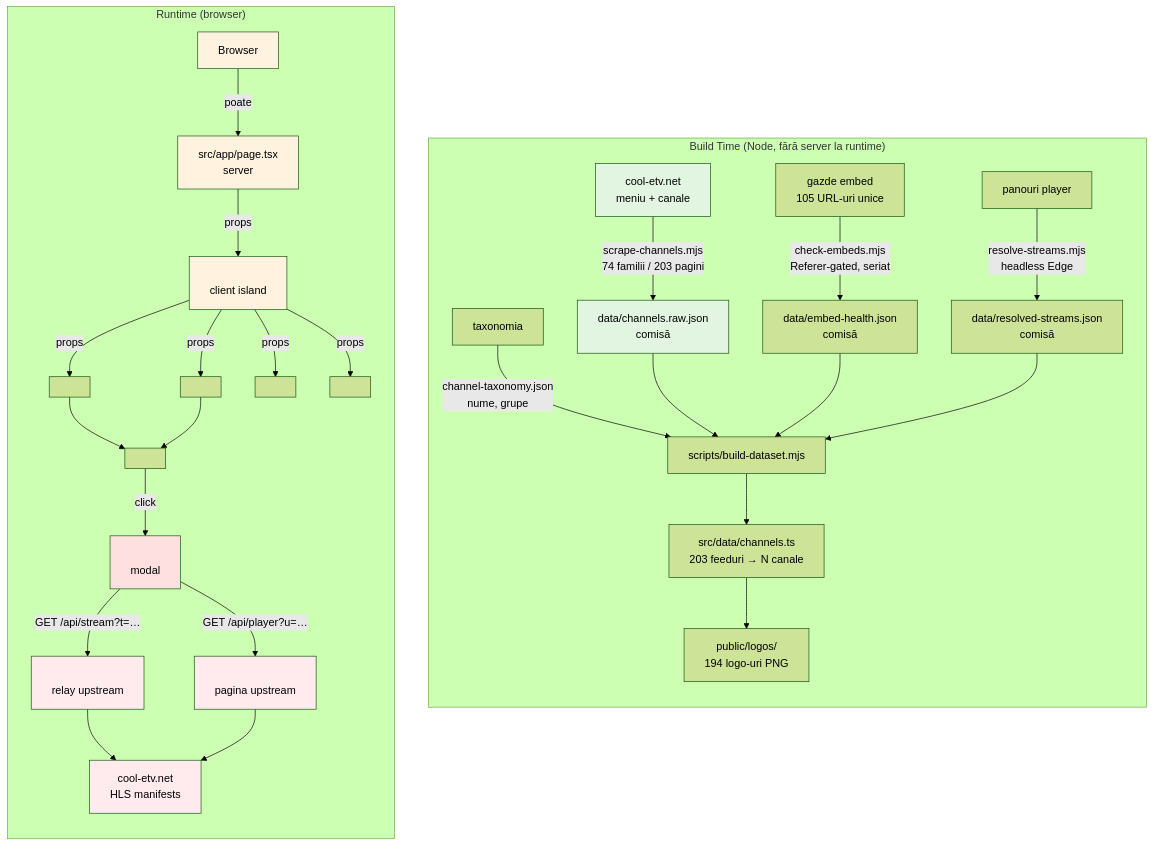
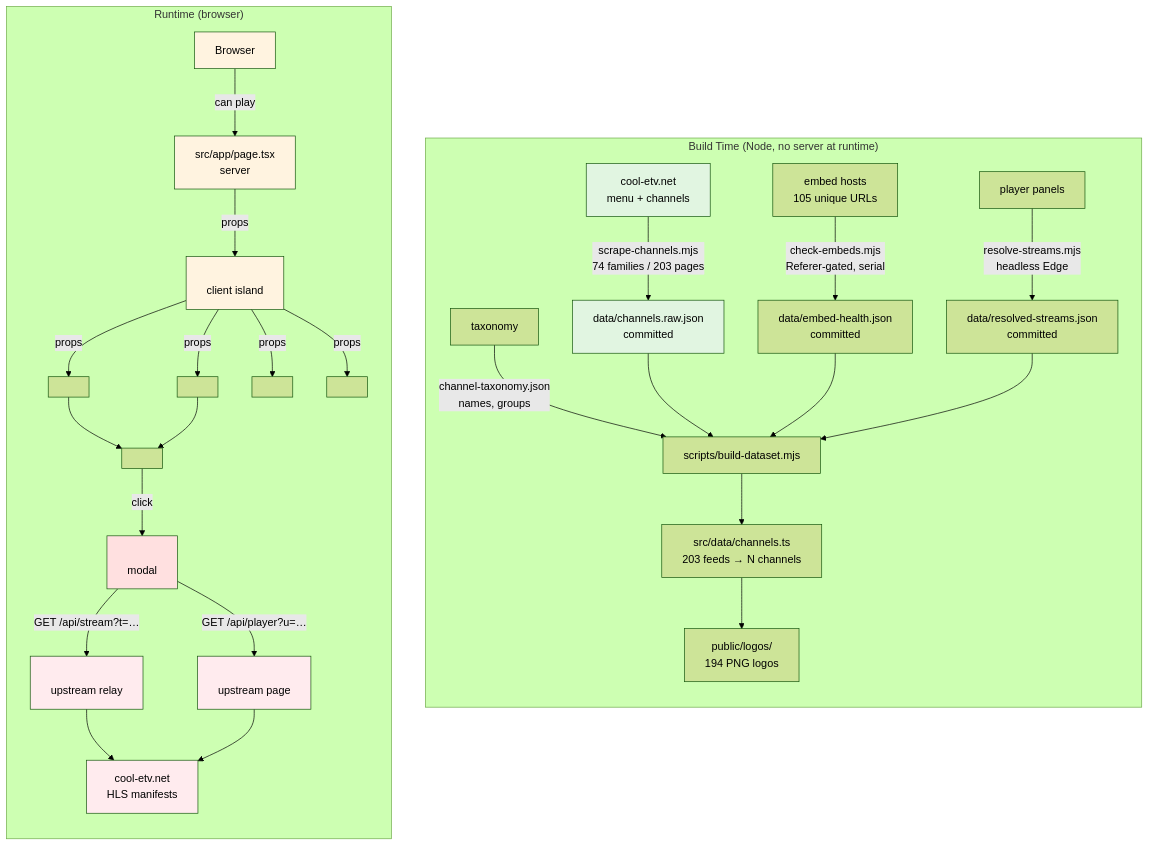
The diagram in README.md (collaby-org/acum), drawn with Mermaid (forest theme) before and after one commit. The commit also changed other lines of this file and 5 other files, not shown here.

First line of the commit message:
fix: auth flow + URMEAZA badge + PWA mobile only

````diff
--- a/README.md
+++ b/README.md
@@ -59,55 +64,55 @@
 ```mermaid
 graph TB
-    subgraph "Build Time (Node, fără server la runtime)"
+    subgraph "Build Time (Node, no server at runtime)"
         direction TB
         
-        A[cool-etv.net<br/>meniu + canale] -->|scrape-channels.mjs<br/>74 familii / 203 pagini| B[data/channels.raw.json<br/>comisă]
+        A[cool-etv.net<br/>menu + channels] -->|scrape-channels.mjs<br/>74 families / 203 pages| B[data/channels.raw.json<br/>committed]
         
-        C[gazde embed<br/>105 URL-uri unice] -->|check-embeds.mjs<br/>Referer-gated, seriat| D[data/embed-health.json<br/>comisă]
+        C[embed hosts<br/>105 unique URLs] -->|check-embeds.mjs<br/>Referer-gated, serial| D[data/embed-health.json<br/>committed]
         
-        E[panouri player] -->|resolve-streams.mjs<br/>headless Edge| F[data/resolved-streams.json<br/>comisă]
+        E[player panels] -->|resolve-streams.mjs<br/>headless Edge| F[data/resolved-streams.json<br/>committed]
         
-        G[taxonomia] -->|channel-taxonomy.json<br/>nume, grupe| G2[scripts/build-dataset.mjs]
+        G[taxonomy] -->|channel-taxonomy.json<br/>names, groups| G2[scripts/build-dataset.mjs]
         
         B --> G2
         D --> G2
         F --> G2
         
-        G2 --> H[src/data/channels.ts<br/>203 feeduri → N canale]
+        G2 --> H[src/data/channels.ts<br/>203 feeds → N channels]
         
-        H --> I[public/logos/<br/>194 logo-uri PNG]
+        H --> I[public/logos/<br/>194 PNG logos]
     end
     
     subgraph "Runtime (browser)"
         direction TB
         
-        J[Browser] -->|poate| K[src/app/page.tsx<br/>server]
+        J[Browser] -->|can play| K[src/app/page.tsx<br/>server]
         K -->|props| L[<Browse><br/>client island]
         
         L -->|props| M[<Hero>]
         L -->|props| N[<Rail>]
         L -->|props| O[<ChannelIndex>]
         L -->|props| P[<SearchPanel>]
         
         M --> Q[<ChannelCard>]
         N --> Q
         
         Q -->|click| R[<Player><br/>modal]
         
-        R -->|GET /api/stream?t=…| S[<api/stream><br/>relay upstream]
-        R -->|GET /api/player?u=…| T[<api/player><br/>pagina upstream]
+        R -->|GET /api/stream?t=…| S[<api/stream><br/>upstream relay]
+        R -->|GET /api/player?u=…| T[<api/player><br/>upstream page]
         
         S --> U[cool-etv.net<br/>HLS manifests]
         T --> U
     end
     
     style A fill:#e1f5e1
     style B fill:#e1f5e1
     style J fill:#fff3e0
     style K fill:#fff3e0
     style L fill:#fff3e0
     style R fill:#ffe0e0
     style S fill:#ffebee
     style T fill:#ffebee
     style U fill:#ffebee
 ```
````
